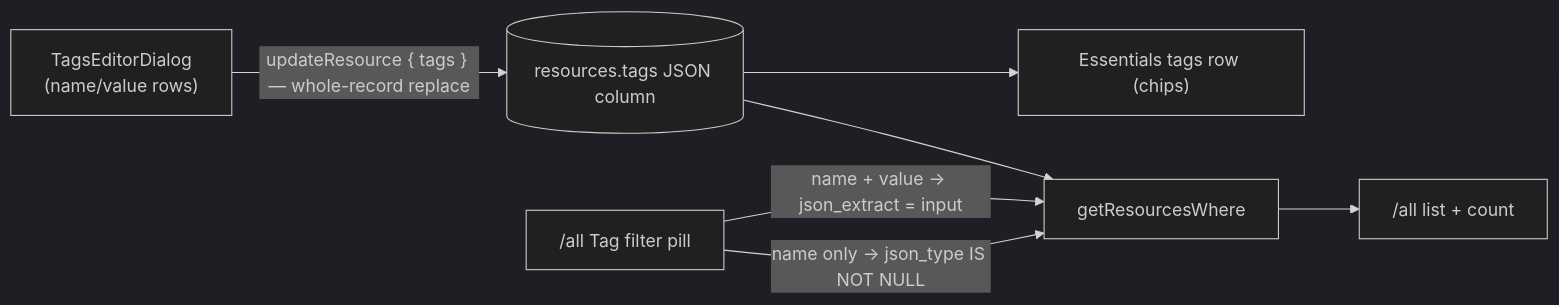
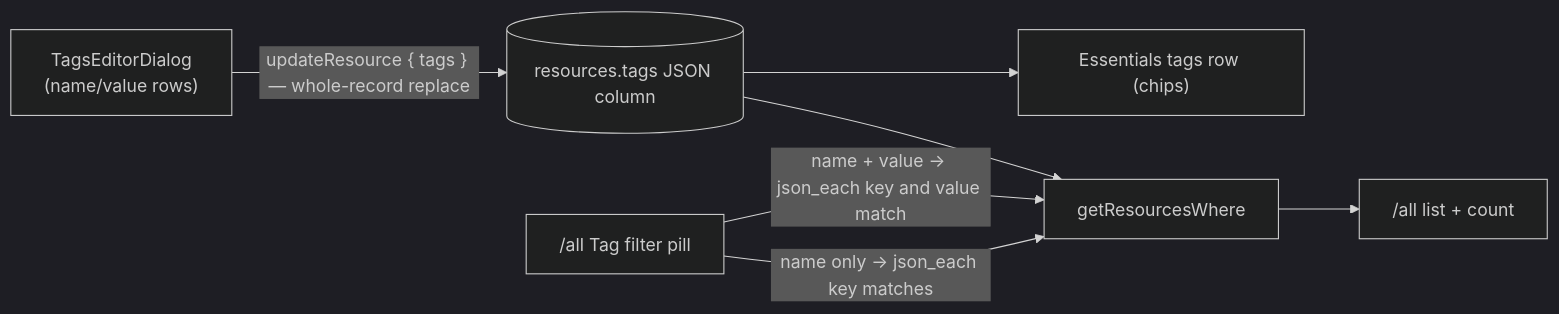
One commit to Esposter/Esposter changed the diagram in openspec/specs/resource/tags/design.md. Above: the diagram before and after it, drawn with Mermaid (dark theme). The commit also changed other lines of this file and 34 other files, not shown here.

````diff
--- a/openspec/specs/resource/tags/design.md
+++ b/openspec/specs/resource/tags/design.md
@@ -13,9 +13,9 @@
 ```mermaid
 flowchart LR
   DLG["TagsEditorDialog<br/>(name/value rows)"] -->|"updateResource { tags } — whole-record replace"| COL[("resources.tags JSON column")]
   COL --> ESS["Essentials tags row (chips)"]
-  PILL["/all Tag filter pill"] -->|"name + value → json_extract = input"| WHERE["getResourcesWhere"]
-  PILL -->|"name only → json_type IS NOT NULL"| WHERE
+  PILL["/all Tag filter pill"] -->|"name + value → json_each key and value match"| WHERE["getResourcesWhere"]
+  PILL -->|"name only → json_each key matches"| WHERE
   COL --> WHERE
   WHERE --> LIST["/all list + count"]
 ```
````
